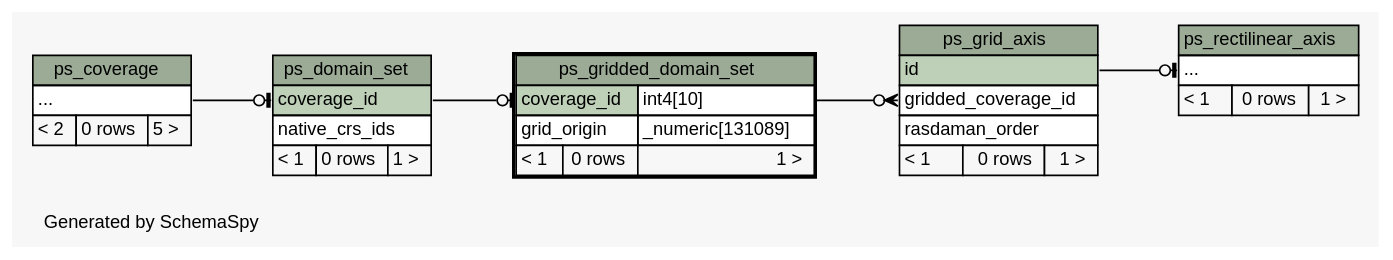
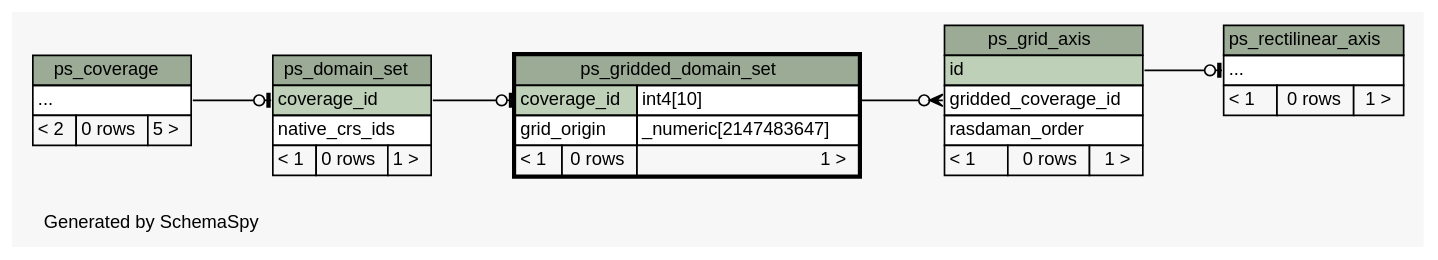
One commit to kalxas/rasdaman changed the diagram in manuals_and_examples/manuals/doc-petascope/dbschema/schema/diagrams/ps_gridded_domain_set.2degrees.dot. Above: the diagram before and after it, drawn with Graphviz. The commit also changed 85 other files, not shown here.

Commit message:
ticket:573 - Update SchemaSpy graphical database schema of petascopedb to include new table for NILs.

```diff
--- a/manuals_and_examples/manuals/doc-petascope/dbschema/schema/diagrams/ps_gridded_domain_set.2degrees.dot
+++ b/manuals_and_examples/manuals/doc-petascope/dbschema/schema/diagrams/ps_gridded_domain_set.2degrees.dot
@@ -1,80 +1,80 @@
 // dot 2.26.3 on Linux 3.2.0-58-generic
 // SchemaSpy rev 590
 digraph "twoDegreesRelationshipsDiagram" {
   graph [
     rankdir="RL"
     bgcolor="#f7f7f7"
     label="\nGenerated by SchemaSpy"
     labeljust="l"
     nodesep="0.18"
     ranksep="0.46"
     fontname="Helvetica"
     fontsize="11"
   ];
   node [
     fontname="Helvetica"
     fontsize="11"
     shape="plaintext"
   ];
   edge [
     arrowsize="0.8"
   ];
   "ps_domain_set":"coverage_id":w -> "ps_coverage":"elipses":e [arrowhead=none dir=back arrowtail=teeodot];
   "ps_grid_axis":"gridded_coverage_id":w -> "ps_gridded_domain_set":"coverage_id.type":e [arrowhead=none dir=back arrowtail=crowodot];
   "ps_gridded_domain_set":"coverage_id":w -> "ps_domain_set":"coverage_id":e [arrowhead=none dir=back arrowtail=teeodot];
   "ps_rectilinear_axis":"elipses":w -> "ps_grid_axis":"id":e [arrowhead=none dir=back arrowtail=teeodot];
   "ps_coverage" [
     label=<
     <TABLE BORDER="0" CELLBORDER="1" CELLSPACING="0" BGCOLOR="#ffffff">
       <TR><TD COLSPAN="3" BGCOLOR="#9bab96" ALIGN="CENTER">ps_coverage</TD></TR>
       <TR><TD PORT="elipses" COLSPAN="3" ALIGN="LEFT">...</TD></TR>
       <TR><TD ALIGN="LEFT" BGCOLOR="#f7f7f7">&lt; 2</TD><TD ALIGN="RIGHT" BGCOLOR="#f7f7f7">0 rows</TD><TD ALIGN="RIGHT" BGCOLOR="#f7f7f7">5 &gt;</TD></TR>
     </TABLE>>
     URL="ps_coverage.html"
     tooltip="ps_coverage"
   ];
   "ps_domain_set" [
     label=<
     <TABLE BORDER="0" CELLBORDER="1" CELLSPACING="0" BGCOLOR="#ffffff">
       <TR><TD COLSPAN="3" BGCOLOR="#9bab96" ALIGN="CENTER">ps_domain_set</TD></TR>
       <TR><TD PORT="coverage_id" COLSPAN="3" BGCOLOR="#bed1b8" ALIGN="LEFT">coverage_id</TD></TR>
       <TR><TD PORT="native_crs_ids" COLSPAN="3" ALIGN="LEFT">native_crs_ids</TD></TR>
       <TR><TD ALIGN="LEFT" BGCOLOR="#f7f7f7">&lt; 1</TD><TD ALIGN="RIGHT" BGCOLOR="#f7f7f7">0 rows</TD><TD ALIGN="RIGHT" BGCOLOR="#f7f7f7">1 &gt;</TD></TR>
     </TABLE>>
     URL="ps_domain_set.html"
     tooltip="ps_domain_set"
   ];
   "ps_grid_axis" [
     label=<
     <TABLE BORDER="0" CELLBORDER="1" CELLSPACING="0" BGCOLOR="#ffffff">
       <TR><TD COLSPAN="3" BGCOLOR="#9bab96" ALIGN="CENTER">ps_grid_axis</TD></TR>
       <TR><TD PORT="id" COLSPAN="3" BGCOLOR="#bed1b8" ALIGN="LEFT">id</TD></TR>
       <TR><TD PORT="gridded_coverage_id" COLSPAN="3" ALIGN="LEFT">gridded_coverage_id</TD></TR>
       <TR><TD PORT="rasdaman_order" COLSPAN="3" ALIGN="LEFT">rasdaman_order</TD></TR>
       <TR><TD ALIGN="LEFT" BGCOLOR="#f7f7f7">&lt; 1</TD><TD ALIGN="RIGHT" BGCOLOR="#f7f7f7">0 rows</TD><TD ALIGN="RIGHT" BGCOLOR="#f7f7f7">1 &gt;</TD></TR>
     </TABLE>>
     URL="ps_grid_axis.html"
     tooltip="ps_grid_axis"
   ];
   "ps_gridded_domain_set" [
     label=<
     <TABLE BORDER="2" CELLBORDER="1" CELLSPACING="0" BGCOLOR="#ffffff">
       <TR><TD COLSPAN="3" BGCOLOR="#9bab96" ALIGN="CENTER">ps_gridded_domain_set</TD></TR>
       <TR><TD PORT="coverage_id" COLSPAN="2" BGCOLOR="#bed1b8" ALIGN="LEFT">coverage_id</TD><TD PORT="coverage_id.type" ALIGN="LEFT">int4[10]</TD></TR>
-      <TR><TD PORT="grid_origin" COLSPAN="2" ALIGN="LEFT">grid_origin</TD><TD PORT="grid_origin.type" ALIGN="LEFT">_numeric[131089]</TD></TR>
+      <TR><TD PORT="grid_origin" COLSPAN="2" ALIGN="LEFT">grid_origin</TD><TD PORT="grid_origin.type" ALIGN="LEFT">_numeric[2147483647]</TD></TR>
       <TR><TD ALIGN="LEFT" BGCOLOR="#f7f7f7">&lt; 1</TD><TD ALIGN="RIGHT" BGCOLOR="#f7f7f7">0 rows</TD><TD ALIGN="RIGHT" BGCOLOR="#f7f7f7">1 &gt;</TD></TR>
     </TABLE>>
     URL="ps_gridded_domain_set.html"
     tooltip="ps_gridded_domain_set"
   ];
   "ps_rectilinear_axis" [
     label=<
     <TABLE BORDER="0" CELLBORDER="1" CELLSPACING="0" BGCOLOR="#ffffff">
       <TR><TD COLSPAN="3" BGCOLOR="#9bab96" ALIGN="CENTER">ps_rectilinear_axis</TD></TR>
       <TR><TD PORT="elipses" COLSPAN="3" ALIGN="LEFT">...</TD></TR>
       <TR><TD ALIGN="LEFT" BGCOLOR="#f7f7f7">&lt; 1</TD><TD ALIGN="RIGHT" BGCOLOR="#f7f7f7">0 rows</TD><TD ALIGN="RIGHT" BGCOLOR="#f7f7f7">1 &gt;</TD></TR>
     </TABLE>>
     URL="ps_rectilinear_axis.html"
     tooltip="ps_rectilinear_axis"
   ];
 }
```
